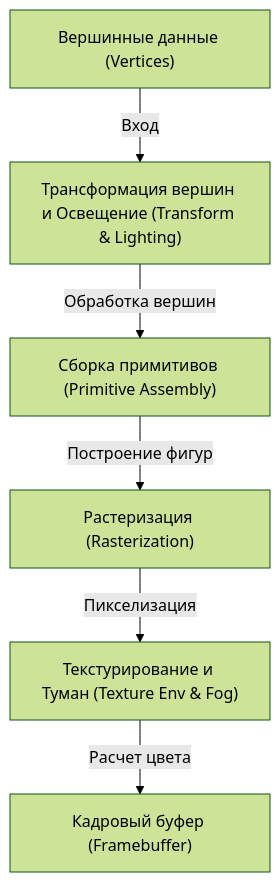
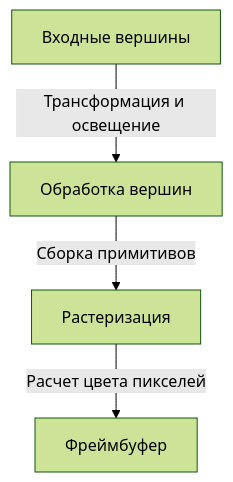
Before and after one commit to kenjinote/blog: the first of 2 diagrams in content/post/opengl-basics-and-history/index.ru.md, drawn with Mermaid (forest theme). The commit also changed other lines of this file and 129 other files, not shown here.

````diff
--- a/content/post/opengl-basics-and-history/index.ru.md
+++ b/content/post/opengl-basics-and-history/index.ru.md
@@ -41,15 +35,6 @@
 ```mermaid
 graph TD
-    A["Вершинные данные (Vertices)"]
-    B["Трансформация вершин и Освещение (Transform & Lighting)"]
-    C["Сборка примитивов (Primitive Assembly)"]
-    D["Растеризация (Rasterization)"]
-    E["Текстурирование и Туман (Texture Env & Fog)"]
-    F["Кадровый буфер (Framebuffer)"]
-
-    A -- "Вход" --> B
-    B -- "Обработка вершин" --> C
-    C -- "Построение фигур" --> D
-    D -- "Пикселизация" --> E
-    E -- "Расчет цвета" --> F
+    A["Входные вершины"] -- "Трансформация и освещение" --> B["Обработка вершин"]
+    B -- "Сборка примитивов" --> C["Растеризация"]
+    C -- "Расчет цвета пикселей" --> D["Фреймбуфер"]
 ```
````
